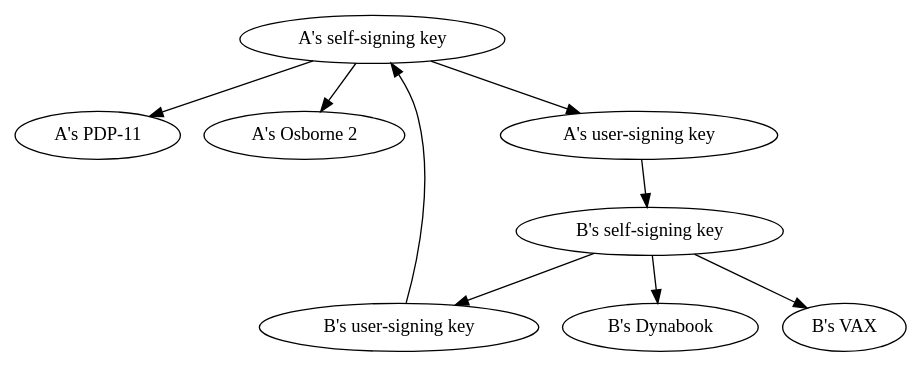
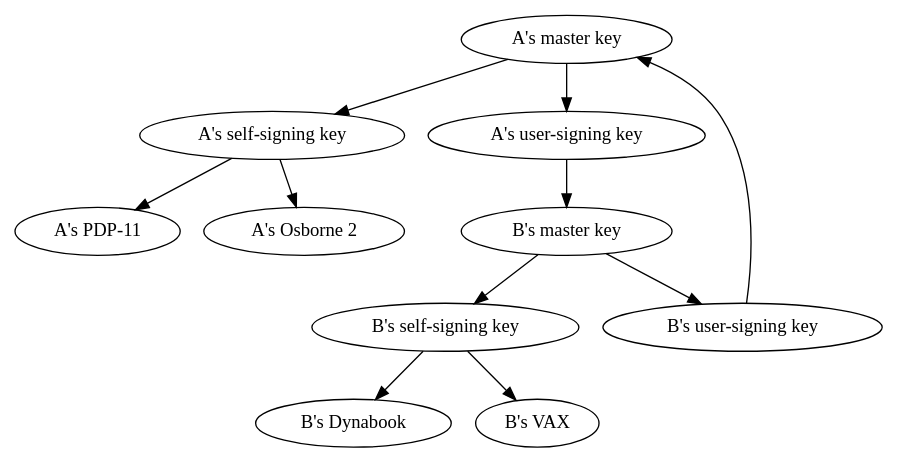
Before and after one commit to matrix-org/matrix-spec-proposals: the diagram in proposals/images/1756-graph2.dot, drawn with Graphviz. The commit also changed 2 other files, not shown here.

Commit message:
switch to the 3-key system, and some wording improvements

```diff
--- a/proposals/images/1756-graph2.dot
+++ b/proposals/images/1756-graph2.dot
@@ -1,18 +1,22 @@
 digraph {
 A1 [label="A's PDP-11"]
 A2 [label="A's Osborne 2"]
+AM [label="A's master key"]
 AS [label="A's self-signing key"]
 AU [label="A's user-signing key"]
+BM [label="B's master key"]
 BU [label="B's user-signing key"]
 BS [label="B's self-signing key"]
 B1 [label="B's Dynabook"]
 B2 [label="B's VAX"]
 AS -> A1
 AS -> A2
-AS -> AU
-AU -> BS
-BS -> BU
-BU -> AS
+AM -> AS
+AM -> AU
+AU -> BM
+BM -> BS
+BM -> BU
+BU -> AM
 BS -> B1
 BS -> B2
 }
```
